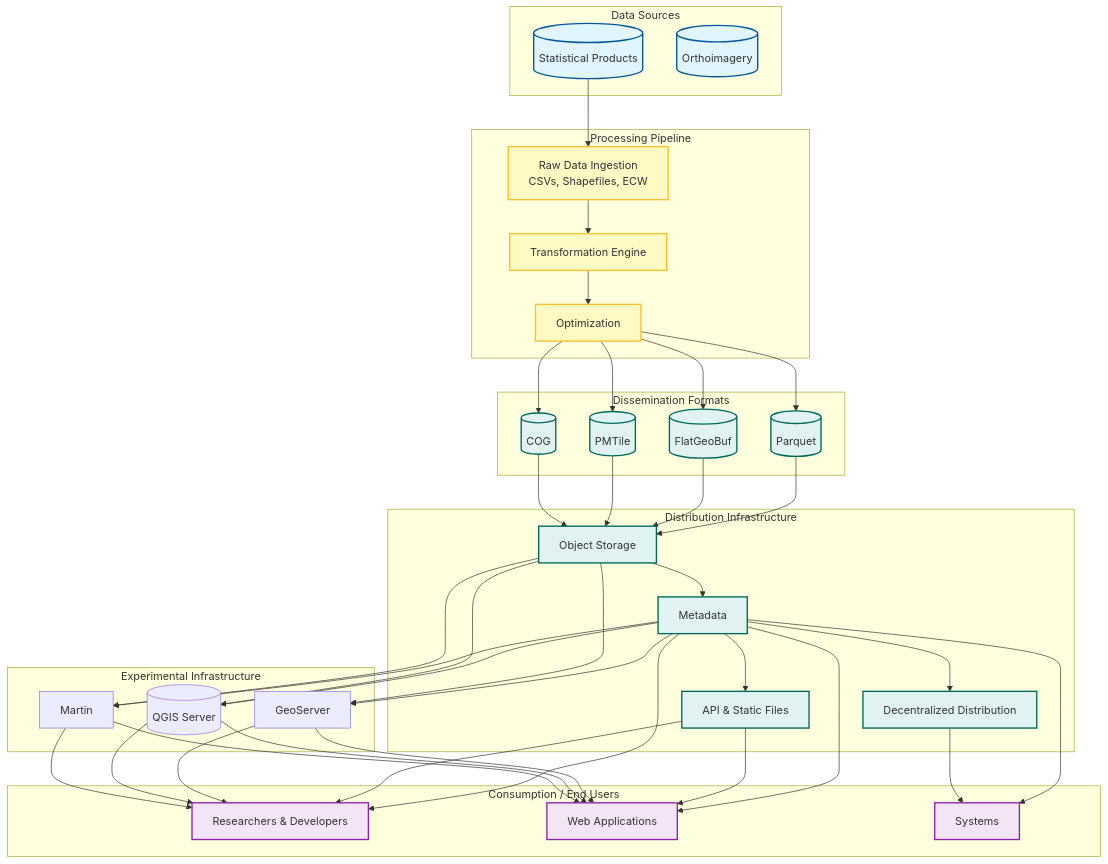
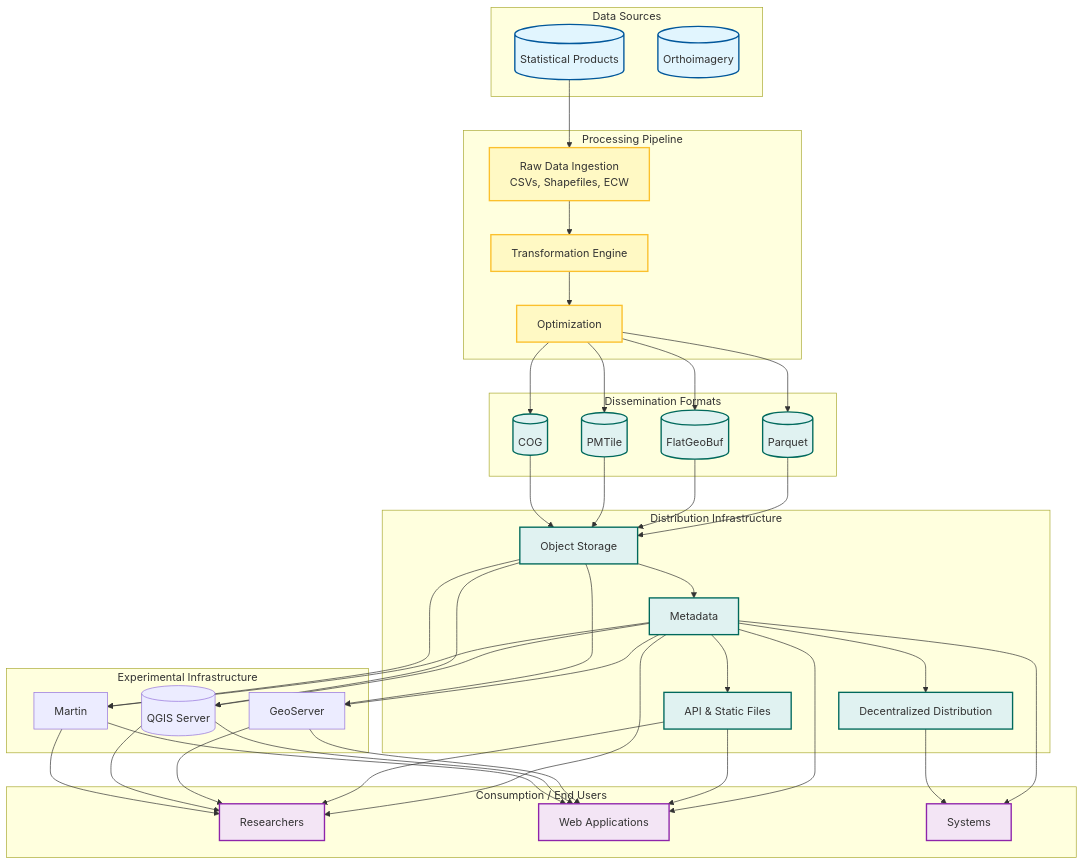
One commit to dataforcanada/www.dataforcanada.org changed the diagram in content/_index.md. Above: the diagram before and after it, drawn with Mermaid.

Commit message:
Simplified front-page diagram

```diff
--- a/content/_index.md
+++ b/content/_index.md
@@ -60,7 +60,7 @@
     end
 
     subgraph "Consumption / End Users"
-        DataSci[Researchers & Developers]:::consumer
+        DataSci[Researchers]:::consumer
         WebApps[Web Applications]:::consumer
         Systems[Systems]:::consumer
     end
```
